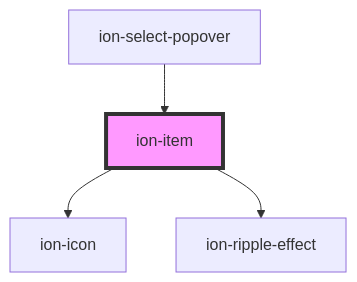
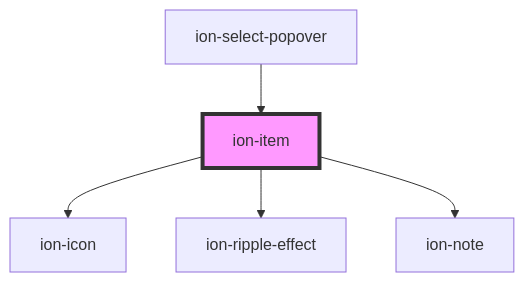
Before and after one commit to ionic-team/ionic-framework: the diagram in core/src/components/item/readme.md, drawn with Mermaid. The commit also changed other lines of this file and 9 other files, not shown here.

````diff
--- a/core/src/components/item/readme.md
+++ b/core/src/components/item/readme.md
@@ -1933,7 +1937,8 @@
 ```mermaid
 graph TD;
   ion-item --> ion-icon
   ion-item --> ion-ripple-effect
+  ion-item --> ion-note
   ion-select-popover --> ion-item
   style ion-item fill:#f9f,stroke:#333,stroke-width:4px
 ```
````
